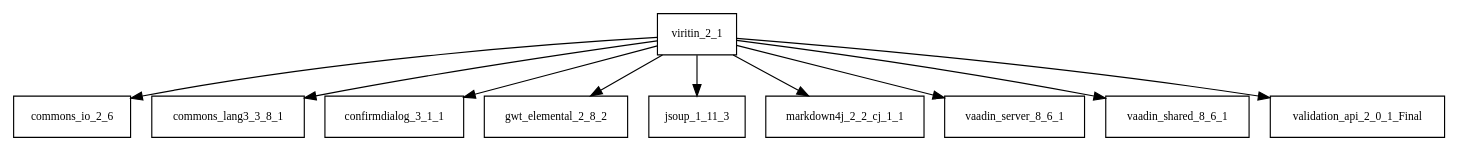
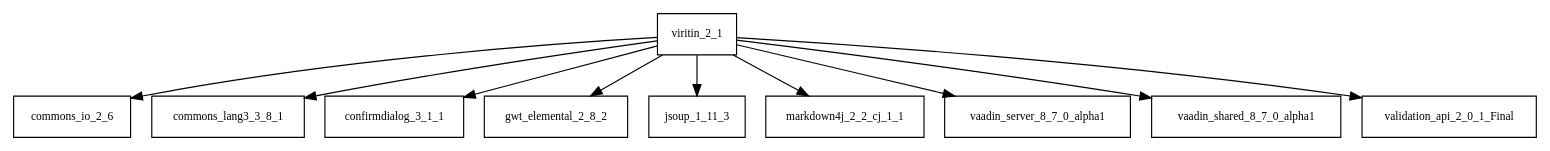
The diagram in tattleTaleReport/graphviz/viritin-2.1.jar/viritin-2.1.jar.dot (Hack23/cia), drawn with Graphviz before and after one commit. The commit also changed 3771 other files, not shown here.

```diff
--- a/tattleTaleReport/graphviz/viritin-2.1.jar/viritin-2.1.jar.dot
+++ b/tattleTaleReport/graphviz/viritin-2.1.jar/viritin-2.1.jar.dot
@@ -1,12 +1,12 @@
 digraph viritin_2_1_dependencies {
   node [shape = box, fontsize=10.0];
   viritin_2_1 -> commons_io_2_6;
   viritin_2_1 -> commons_lang3_3_8_1;
   viritin_2_1 -> confirmdialog_3_1_1;
   viritin_2_1 -> gwt_elemental_2_8_2;
   viritin_2_1 -> jsoup_1_11_3;
   viritin_2_1 -> markdown4j_2_2_cj_1_1;
-  viritin_2_1 -> vaadin_server_8_6_1;
-  viritin_2_1 -> vaadin_shared_8_6_1;
+  viritin_2_1 -> vaadin_server_8_7_0_alpha1;
+  viritin_2_1 -> vaadin_shared_8_7_0_alpha1;
   viritin_2_1 -> validation_api_2_0_1_Final;
 }
```
